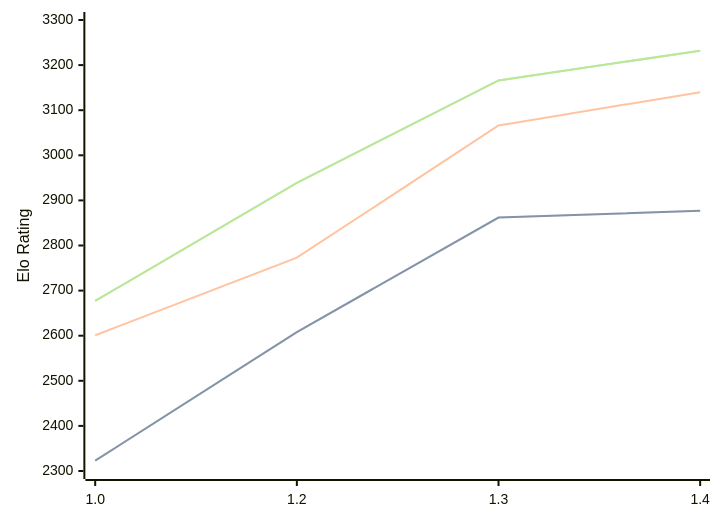
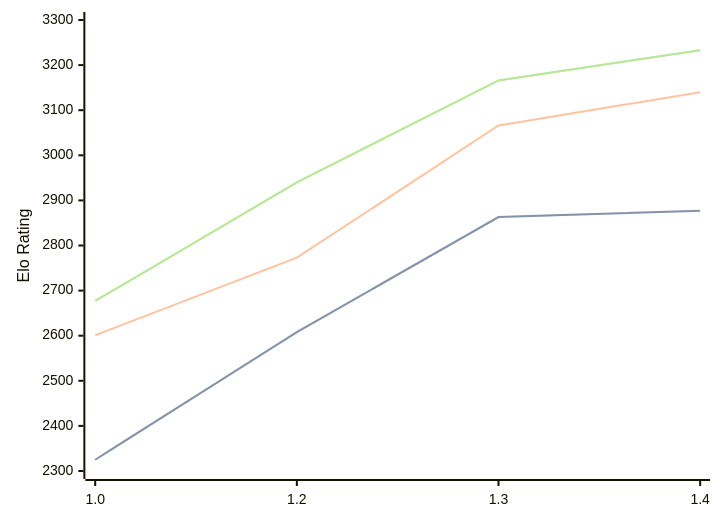
One commit to computer-chess-index/cci changed the diagram in engines/Chessnix.md. Above: the diagram before and after it, drawn with Mermaid. The commit also changed other lines of this file, not shown here.

Commit message:
Update CCI Ratings (ELO VLTC) - 2026-09-06

````diff
--- a/engines/Chessnix.md
+++ b/engines/Chessnix.md
@@ -34,11 +34,11 @@
 ```mermaid
 %%{init: {"theme":"base","themeVariables":{"seriesColors:['#a3a3a3','#222221','#faa371']}}}%%
 xychart-beta
   x-axis ["1.0", "1.2", "1.3", "1.4"]
   y-axis "Elo Rating" 2300 --> 3300
-  line "" [2323, 2608, 2862, 2877]
-  line "STC (8.0+0.08s)" [2323, 2608, 2862, 2877]
+  line "" [2325, 2608, 2863, 2877]
+  line "STC (8.0+0.08s)" [2325, 2608, 2863, 2877]
   line "LTC (60.0+0.60s)" [2601, 2773, 3066, 3140]
-  line "" [2677, 2939, 3166, 3232]
-  line "VLTC (2m24s+1.12s)" [2677, 2939, 3166, 3232]
+  line "" [2677, 2940, 3166, 3233]
+  line "VLTC (2m24s+1.12s)" [2677, 2940, 3166, 3233]
 ```
````
